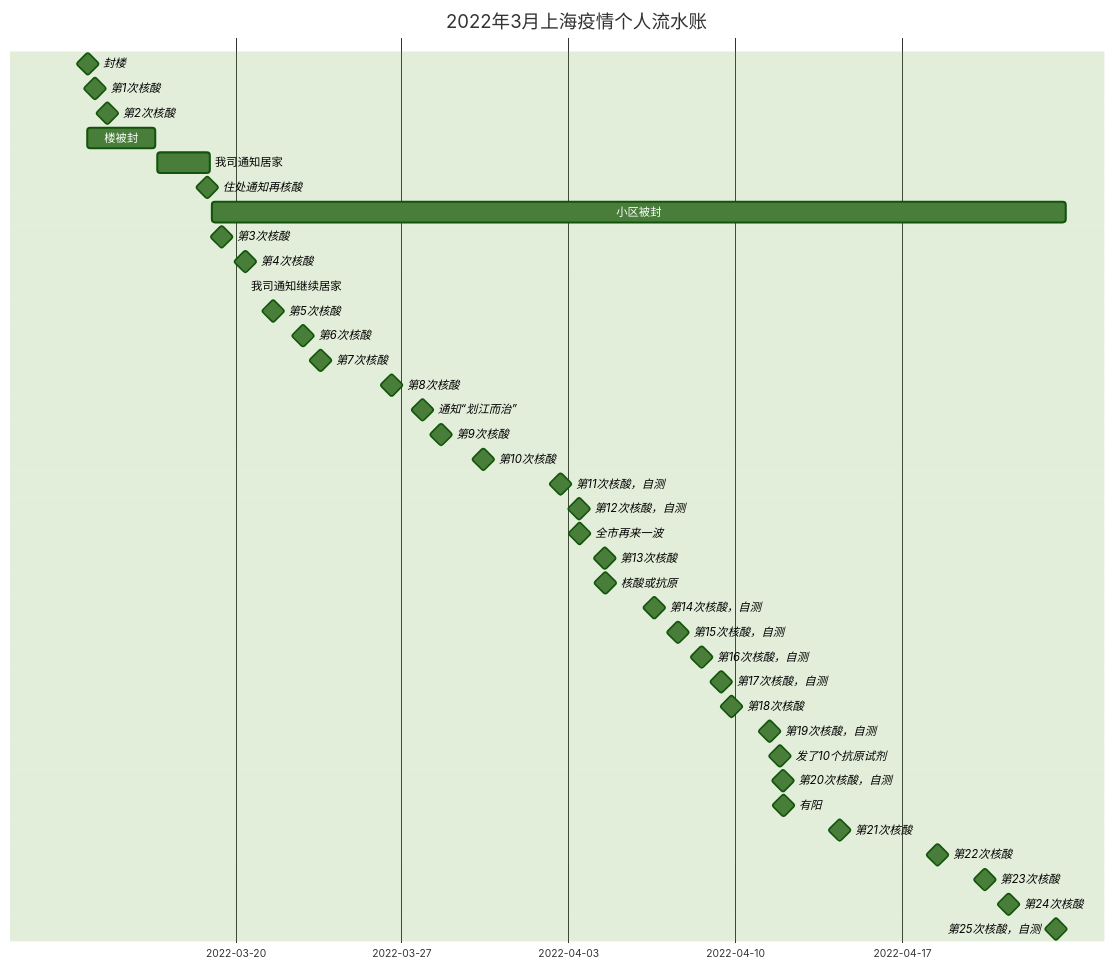
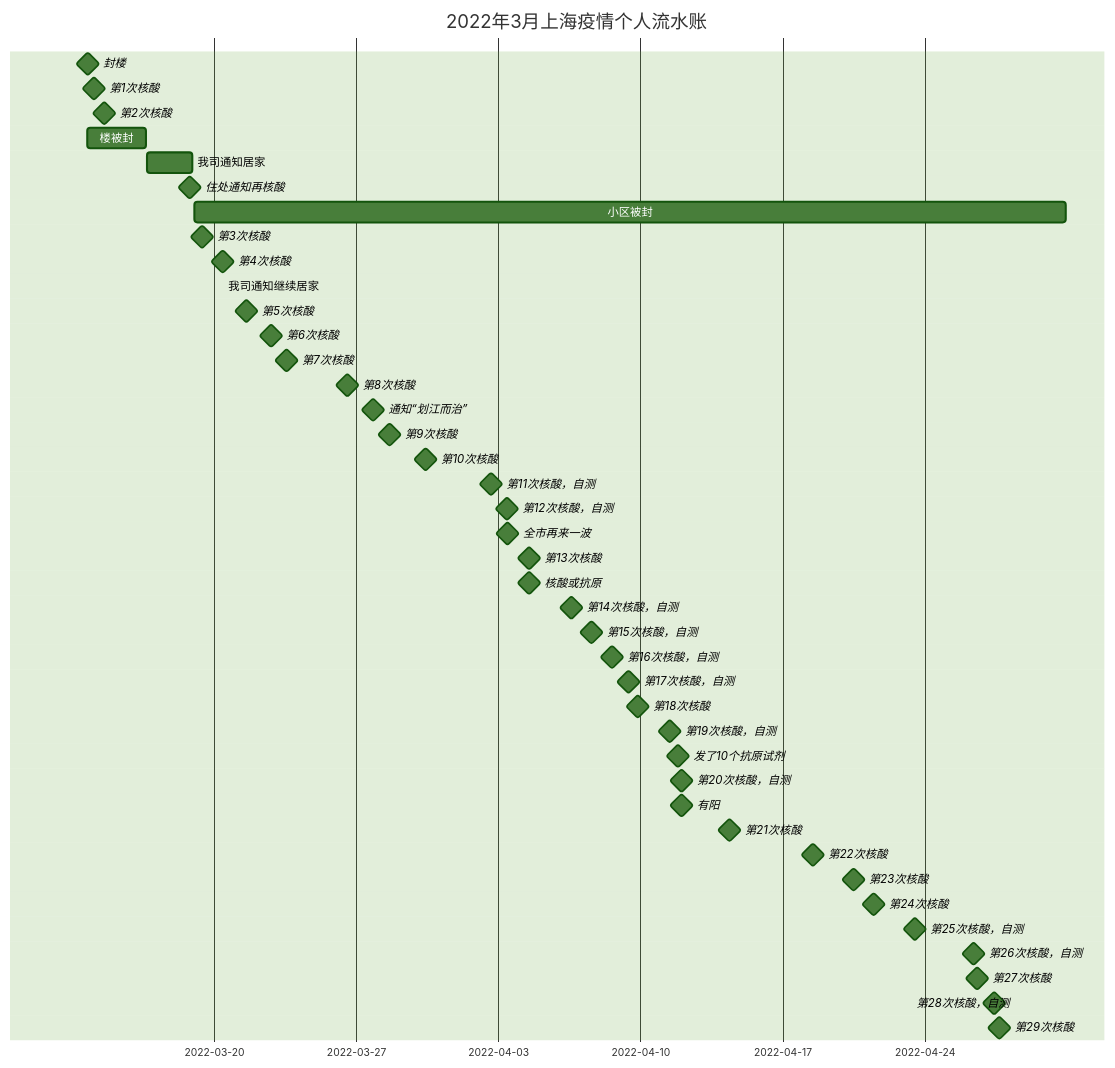
One commit to unclehuzi/unclehuzi.github.io changed the diagram in 2022/04/life-covid_19-observation/index.md. Above: the diagram before and after it, drawn with Mermaid (forest theme). The commit also changed other lines of this file and 61 other files, not shown here.

```diff
--- a/2022/04/life-covid_19-observation/index.md
+++ b/2022/04/life-covid_19-observation/index.md
@@ -13,71 +13,79 @@
 {{< mermaid >}}
 gantt
     dateFormat YYYY-MM-DD HH
     title 2022年3月上海疫情个人流水账
     axisFormat  %Y-%m-%d
 
     封楼  : milestone,2022-03-13 19,  1h
     第1次核酸 : milestone,2022-03-14 02, 1h
     第2次核酸 : milestone,2022-03-14 15, 1h
     楼被封  : 2022-03-13 19,2022-03-16 16
     
     我司通知居家  : 2022-03-16 18,2022-03-18 23
     
     住处通知再核酸: milestone,2022-03-18 19,1h
     
-    小区被封 : 2022-03-19 01,2022-04-23 21
+    小区被封 : 2022-03-19 01,2022-04-30 22
     
     第3次核酸 : milestone,2022-03-19 10 ,1h
     第4次核酸 : milestone,2022-03-20 10 ,1h
     
     我司通知继续居家 : 2022-03-20 17 1h
     
     第5次核酸 : milestone, 2022-03-21 14,1h
     第6次核酸 : milestone, 2022-03-22 20,1h
     第7次核酸 : milestone, 2022-03-23 14,1h
     第8次核酸 : milestone, 2022-03-26 13,1h
     
     通知“划江而治” : milestone, 2022-03-27 20,1h
     
     第9次核酸 : milestone, 2022-03-28 15,1h
     
     第10次核酸 : milestone, 2022-03-30 10,1h
     
     第11次核酸，自测 : milestone, 2022-04-02 15,1h
     
     第12次核酸，自测 : milestone, 2022-04-03 10,1h
     
     全市再来一波 : milestone, 2022-04-03
     
     第13次核酸 : milestone, 2022-04-04 12,1h
     
     核酸或抗原 : milestone, 2022-04-06
     
     第14次核酸，自测 : milestone, 2022-04-06 14,1h
     
     第15次核酸，自测 : milestone, 2022-04-07 14,1h
     
     第16次核酸，自测 : milestone, 2022-04-08 14,1h
     
     第17次核酸，自测 : milestone, 2022-04-09 09,1h
     
     第18次核酸 : milestone, 2022-04-09 20,1h
     
     第19次核酸，自测 : milestone, 2022-04-11 10,1h
     
     发了10个抗原试剂 : milestone, 2022-04-11 20,1h
     
     第20次核酸，自测 : milestone, 2022-04-12 00,1h
     
     有阳 : milestone, 2022-04-13
     
     第21次核酸 : milestone, 2022-04-14 09,1h
     
     第22次核酸 : milestone, 2022-04-18 11,1h
     
     第23次核酸 : milestone, 2022-04-20 11,1h
     
     第24次核酸 : milestone, 2022-04-21 11,1h
     
     第25次核酸，自测 : milestone, 2022-04-23 11,1h
+    
+    第26次核酸，自测 : milestone, 2022-04-26 09,1h
+    
+    第27次核酸 : milestone, 2022-04-26 13,1h
+    
+    第28次核酸，自测 : milestone, 2022-04-27 09,1h
+    
+    第29次核酸 : milestone, 2022-04-27 15,1h
 {{< /mermaid >}}
```
